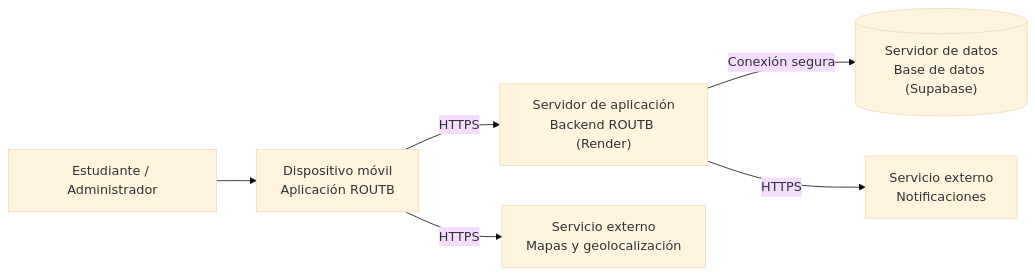
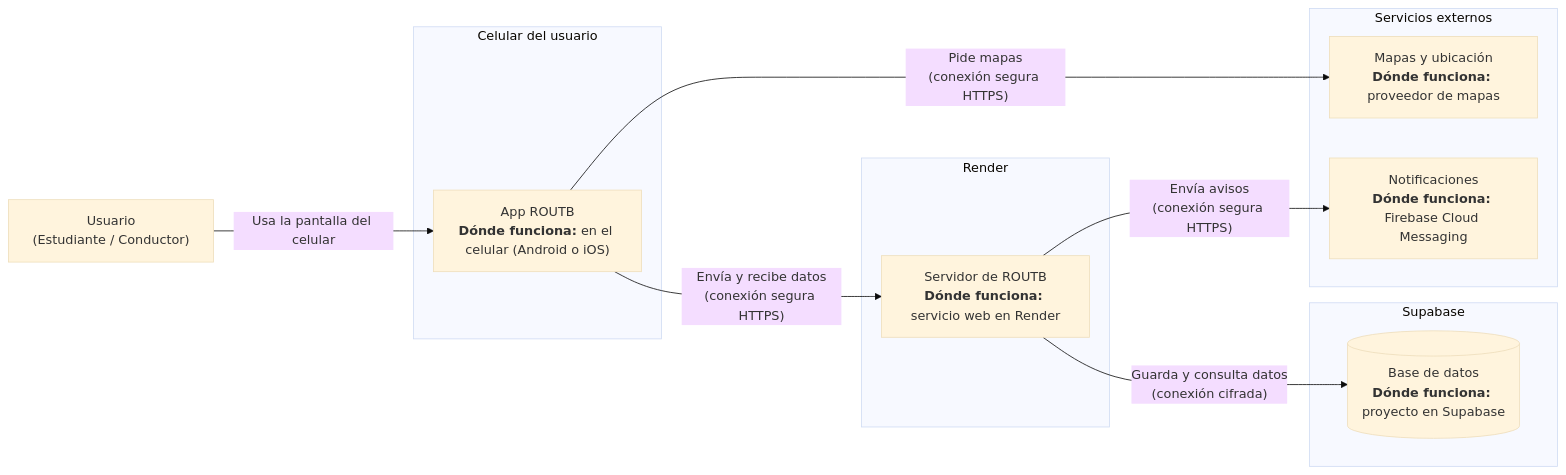
One commit to ISCOUTB/AS_202620_ROUTB changed the first of 2 diagrams in docs/arc42/07_vista_de_despliegue.md. Above: the diagram before and after it, drawn with Mermaid (base theme). The commit also changed other lines of this file and 8 other files, not shown here.

````diff
--- a/docs/arc42/07_vista_de_despliegue.md
+++ b/docs/arc42/07_vista_de_despliegue.md
@@ -7,15 +11,27 @@
 ```mermaid
 flowchart LR
-    U["Estudiante / Administrador"]
-    APP["Dispositivo móvil<br/>Aplicación ROUTB"]
-    API["Servidor de aplicación<br/>Backend ROUTB (Render)"]
-    DB[("Servidor de datos<br/>Base de datos (Supabase)")]
-    MAP["Servicio externo<br/>Mapas y geolocalización"]
-    PUSH["Servicio externo<br/>Notificaciones"]
-
-    U --> APP
-    APP -->|"HTTPS"| API
-    APP -->|"HTTPS"| MAP
-    API -->|"Conexión segura"| DB
-    API -->|"HTTPS"| PUSH
+    U["Usuario<br/>(Estudiante / Conductor)"]
+ 
+    subgraph CLIENT["Celular del usuario"]
+        APP["App ROUTB<br/><b>Dónde funciona:</b> en el celular (Android o iOS)"]
+    end
+ 
+    subgraph CLOUD_RENDER["Render"]
+        API["Servidor de ROUTB<br/><b>Dónde funciona:</b> servicio web en Render"]
+    end
+ 
+    subgraph CLOUD_SUPABASE["Supabase"]
+        DB[("Base de datos<br/><b>Dónde funciona:</b> proyecto en Supabase")]
+    end
+ 
+    subgraph EXTERNAL["Servicios externos"]
+        MAP["Mapas y ubicación<br/><b>Dónde funciona:</b> proveedor de mapas"]
+        PUSH["Notificaciones<br/><b>Dónde funciona:</b> Firebase Cloud Messaging"]
+    end
+ 
+    U -->|"Usa la pantalla del celular"| APP
+    APP -->|"Envía y recibe datos<br/>(conexión segura HTTPS)"| API
+    APP -->|"Pide mapas<br/>(conexión segura HTTPS)"| MAP
+    API -->|"Guarda y consulta datos<br/>(conexión cifrada)"| DB
+    API -->|"Envía avisos<br/>(conexión segura HTTPS)"| PUSH
 ```
````
